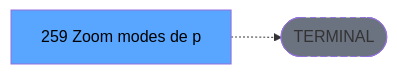
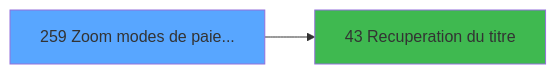
One commit to thonyAGP/magic-migration changed the third of 3 diagrams in .openspec/specs/ADH-IDE-259.md. Above: the diagram before and after it, drawn with Mermaid. The commit also changed other lines of this file and 493 other files, not shown here.

````diff
--- a/.openspec/specs/ADH-IDE-259.md
+++ b/.openspec/specs/ADH-IDE-259.md
@@ -138,8 +237,8 @@
 ```mermaid
 graph LR
-    T[259 Zoom modes de p]
-    TERM([TERMINAL])
-    T -.-> TERM
-    style TERM fill:#6b7280,stroke-dasharray: 5 5
-    style T fill:#58a6ff,color:#000
+    T259[259 Zoom modes de paie...]
+    style T259 fill:#58a6ff
+    C43[43 Recuperation du titre]
+    T259 --> C43
+    style C43 fill:#3fb950
 ```
````
